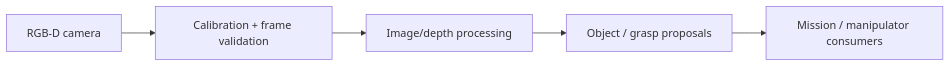
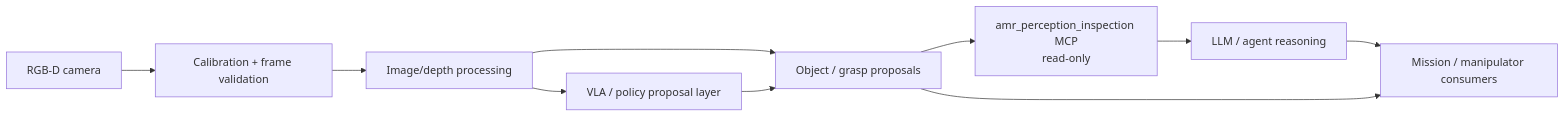
Before and after one commit to KartikMehta-1/AMR-development: the diagram in docs/architecture/70_perception_calibration.md, drawn with Mermaid. The commit also changed other lines of this file and 31 other files, not shown here.

Commit message:
Add perception MCP scaffold and refresh agentic docs

````diff
--- a/docs/architecture/70_perception_calibration.md
+++ b/docs/architecture/70_perception_calibration.md
@@ -18,13 +23,21 @@
 ```mermaid
 flowchart LR
   CAMERA[RGB-D camera]
   CALIB[Calibration + frame validation]
   PROCESS[Image/depth processing]
+  VLA[VLA / policy proposal layer]
   PROPOSALS[Object / grasp proposals]
+  MCP[amr_perception_inspection MCP\nread-only]
+  AGENT[LLM / agent reasoning]
   CONSUMERS[Mission / manipulator consumers]
 
   CAMERA --> CALIB
   CALIB --> PROCESS
   PROCESS --> PROPOSALS
+  PROCESS --> VLA
+  VLA --> PROPOSALS
+  PROPOSALS --> MCP
+  MCP --> AGENT
+  AGENT --> CONSUMERS
   PROPOSALS --> CONSUMERS
 ```
````
